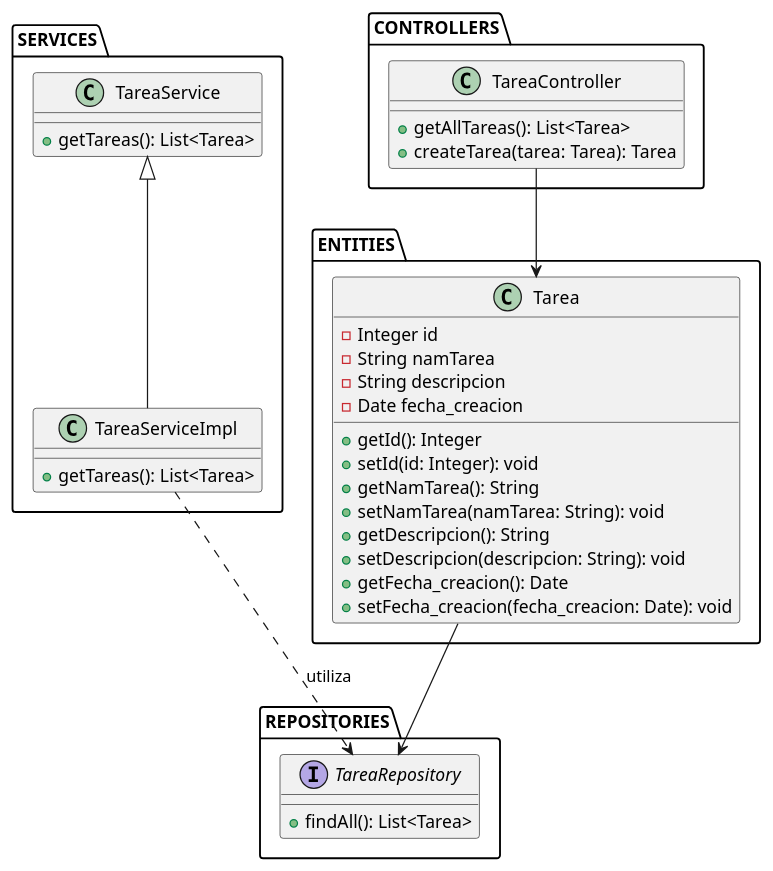
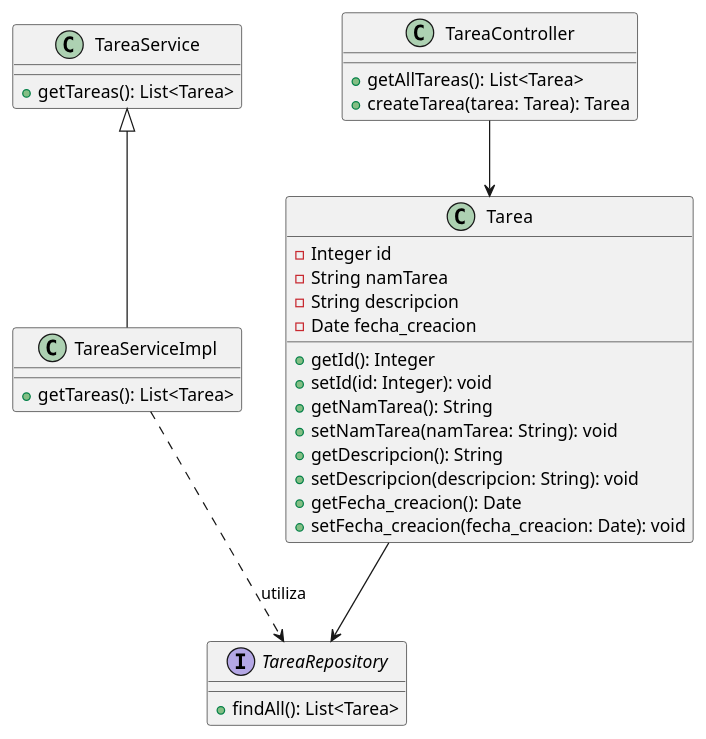
One commit to Oscarsl10/proyecto-analisis-sistemas-2024-b-g2 changed the diagram in diagramas/diagrama-clases/diagrama-clases.wsd. Above: the diagram before and after it, drawn with PlantUML. The commit also changed 1 other file, not shown here.

```diff
--- a/diagramas/diagrama-clases/diagrama-clases.wsd
+++ b/diagramas/diagrama-clases/diagrama-clases.wsd
@@ -1,50 +1,50 @@
 @startuml
 
-package ENTITIES {
+
     class Tarea {
         - Integer id
         - String namTarea
         - String descripcion
         - Date fecha_creacion
         + getId(): Integer
         + setId(id: Integer): void
         + getNamTarea(): String
         + setNamTarea(namTarea: String): void
         + getDescripcion(): String
         + setDescripcion(descripcion: String): void
         + getFecha_creacion(): Date
         + setFecha_creacion(fecha_creacion: Date): void
     }
-}
 
-package CONTROLLERS {
+
+
 
     class TareaController {
         + getAllTareas(): List<Tarea>
         + createTarea(tarea: Tarea): Tarea
     }
-}
 
-package SERVICES {
+
+
 
     class TareaService {
         + getTareas(): List<Tarea>
     }
     class TareaServiceImpl {
         + getTareas(): List<Tarea>
     }
-}
 
-package REPOSITORIES {
+
+
 
     interface TareaRepository {
         + findAll(): List<Tarea>
     }
-}
 
-ENTITIES.Tarea --> REPOSITORIES.TareaRepository
-SERVICES.TareaService <|-- SERVICES.TareaServiceImpl
-CONTROLLERS.TareaController --> ENTITIES.Tarea
-SERVICES.TareaServiceImpl ..> REPOSITORIES.TareaRepository : utiliza
+
+Tarea --> TareaRepository
+TareaService <|-- TareaServiceImpl
+TareaController --> Tarea
+TareaServiceImpl ..> TareaRepository : utiliza
 
 @enduml
```
